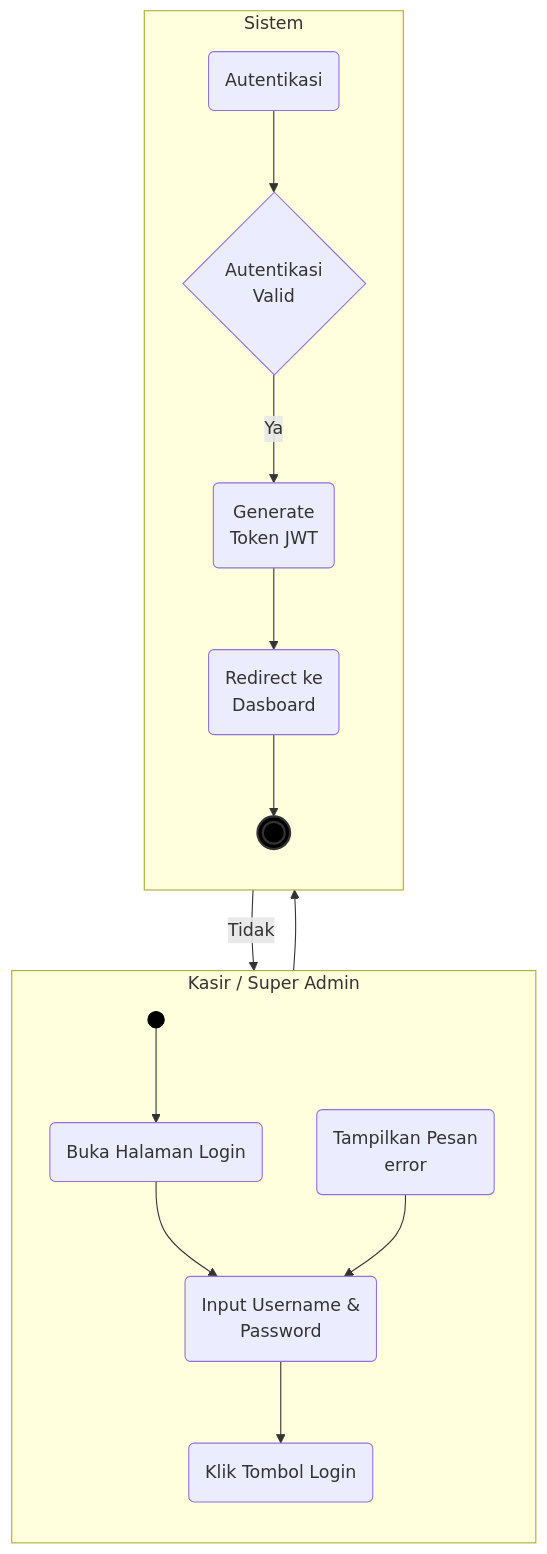
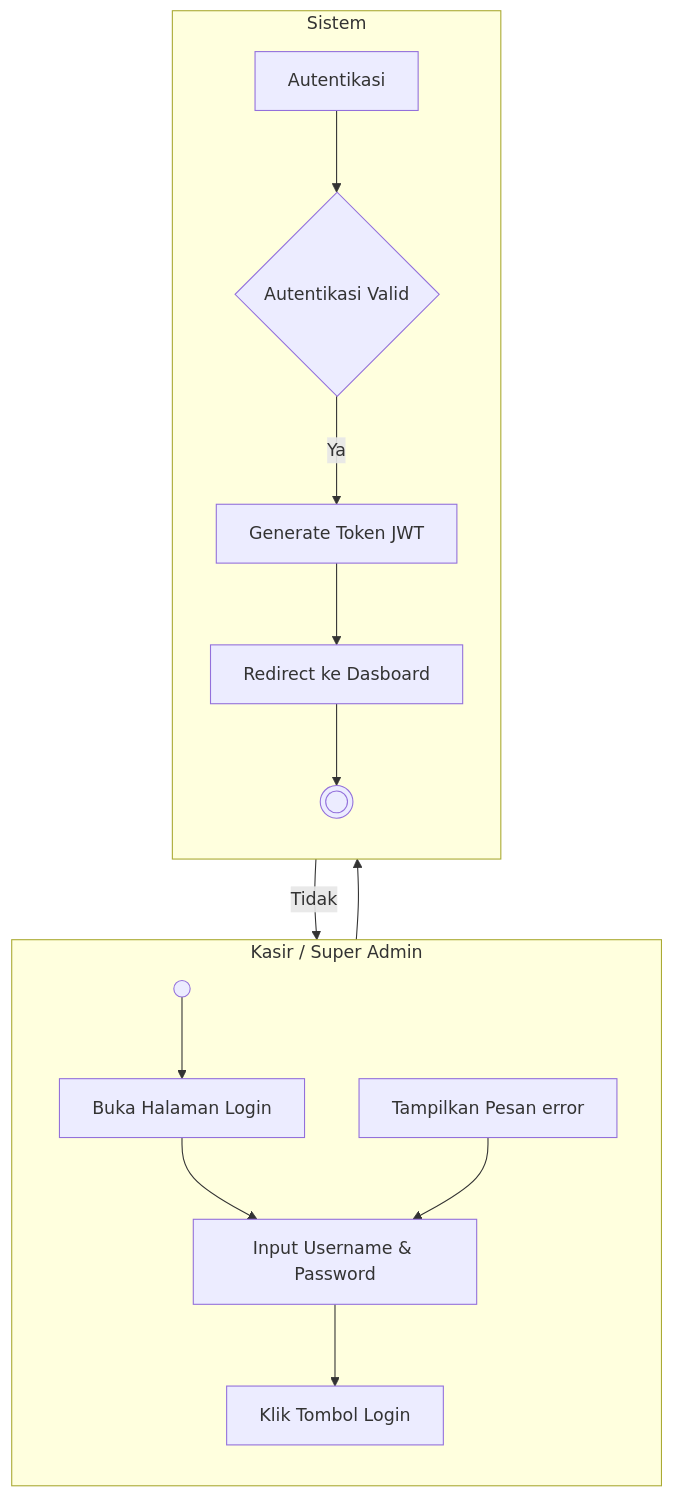
Before and after one commit to umarfa11/Tugas-Proyek: the diagram in Diagram activity Login.md, drawn with Mermaid. The commit also changed other lines of this file and 8 other files, not shown here.

````diff
--- a/Diagram activity Login.md
+++ b/Diagram activity Login.md
@@ -5,46 +3,31 @@
 ```mermaid
 flowchart TD
-    %% Pengaturan Swimlane Kasir / Super Admin
-    subgraph KSA [Kasir / Super Admin]
+    subgraph Aktor [Kasir / Super Admin]
         direction TB
-        start(( ))
-        BukaLogin(Buka Halaman Login)
-        InputUser(Input Username &<br>Password)
-        KlikLogin(Klik Tombol Login)
-        PesanError(Tampilkan Pesan<br>error)
+        Start(( ))
+        B1[Buka Halaman Login]
+        B2[Input Username & Password]
+        B3[Klik Tombol Login]
+        B4[Tampilkan Pesan error]
     end
 
-    %% Pengaturan Swimlane Sistem
-    subgraph SYS [Sistem]
+    subgraph Sistem [Sistem]
         direction TB
-        Autentikasi(Autentikasi)
-        Validasi{Autentikasi<br>Valid}
-        GenToken(Generate<br>Token JWT)
-        Redirect(Redirect ke<br>Dasboard)
-        finish((( )))
+        C1[Autentikasi]
+        C2{Autentikasi Valid}
+        C3[Generate Token JWT]
+        C4[Redirect ke Dasboard]
+        End((( )))
     end
 
-    %% Alur Proses (Flow)
-    start --> BukaLogin
-    BukaLogin --> InputUser
-    InputUser --> KlikLogin
-    
-    %% Menyeberang ke Sistem
-    KlikLogin --> Autentikasi
-    Autentikasi --> Validasi
-    
-    %% Percabangan (Decision)
-    Validasi -- Ya --> GenToken
-    Validasi -- Tidak --> PesanError
-    
-    %% Kembali ke Input (Looping/Retry)
-    PesanError --> InputUser
-    
-    %% Alur Sukses
-    GenToken --> Redirect
-    Redirect --> finish
-
-    %% Styling Start dan End Node agar hitam solid (UML Standard)
-    style start fill:#000,stroke:#000
-    style finish fill:#000,stroke:#333,stroke-width:2px
+    Start --> B1
+    B1 --> B2
+    B2 --> B3
+    B3 --> C1
+    C1 --> C2
+    C2 -- Tidak --> B4
+    B4 --> B2
+    C2 -- Ya --> C3
+    C3 --> C4
+    C4 --> End
 ```
````
